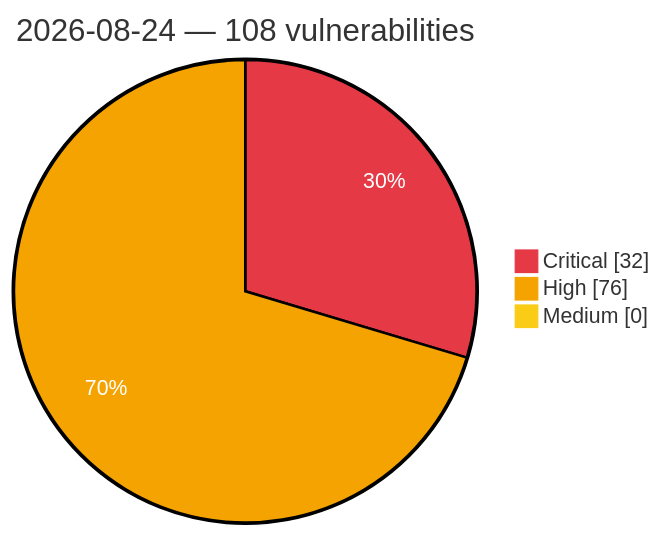
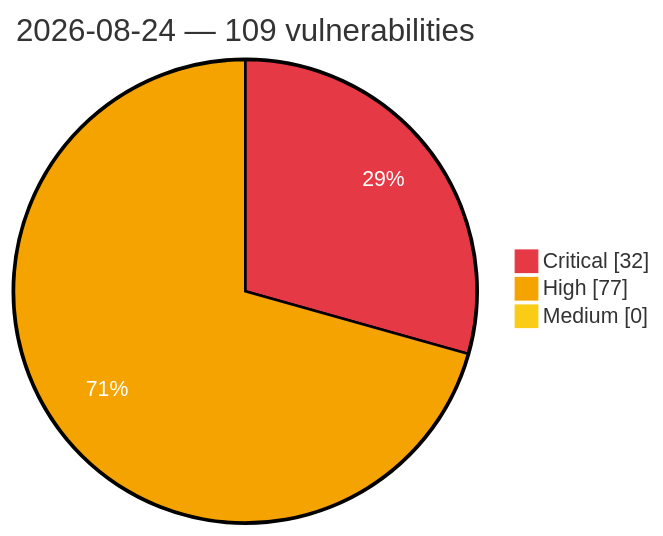
Before and after one commit to GhostX0X/vuln-tracker: the diagram in vulnerabilities/2026/August/2026-08-24.md, drawn with Mermaid. The commit also changed other lines of this file and 5 other files, not shown here.

````diff
--- a/vulnerabilities/2026/August/2026-08-24.md
+++ b/vulnerabilities/2026/August/2026-08-24.md
@@ -3,8 +3,8 @@
 ```mermaid
 %%{init: {'theme':'base', 'themeVariables': {'pie1':'#e63946', 'pie2':'#f4a300', 'pie3':'#facc15', 'pieOpacity':'1', 'pieOuterStrokeWidth':'2px', 'pieSectionTextColor':'#ffffff'}}}%%
 pie showData
-    title 2026-08-24 — 108 vulnerabilities
+    title 2026-08-24 — 109 vulnerabilities
     "Critical" : 32
-    "High" : 76
+    "High" : 77
     "Medium" : 0
 ```
````
